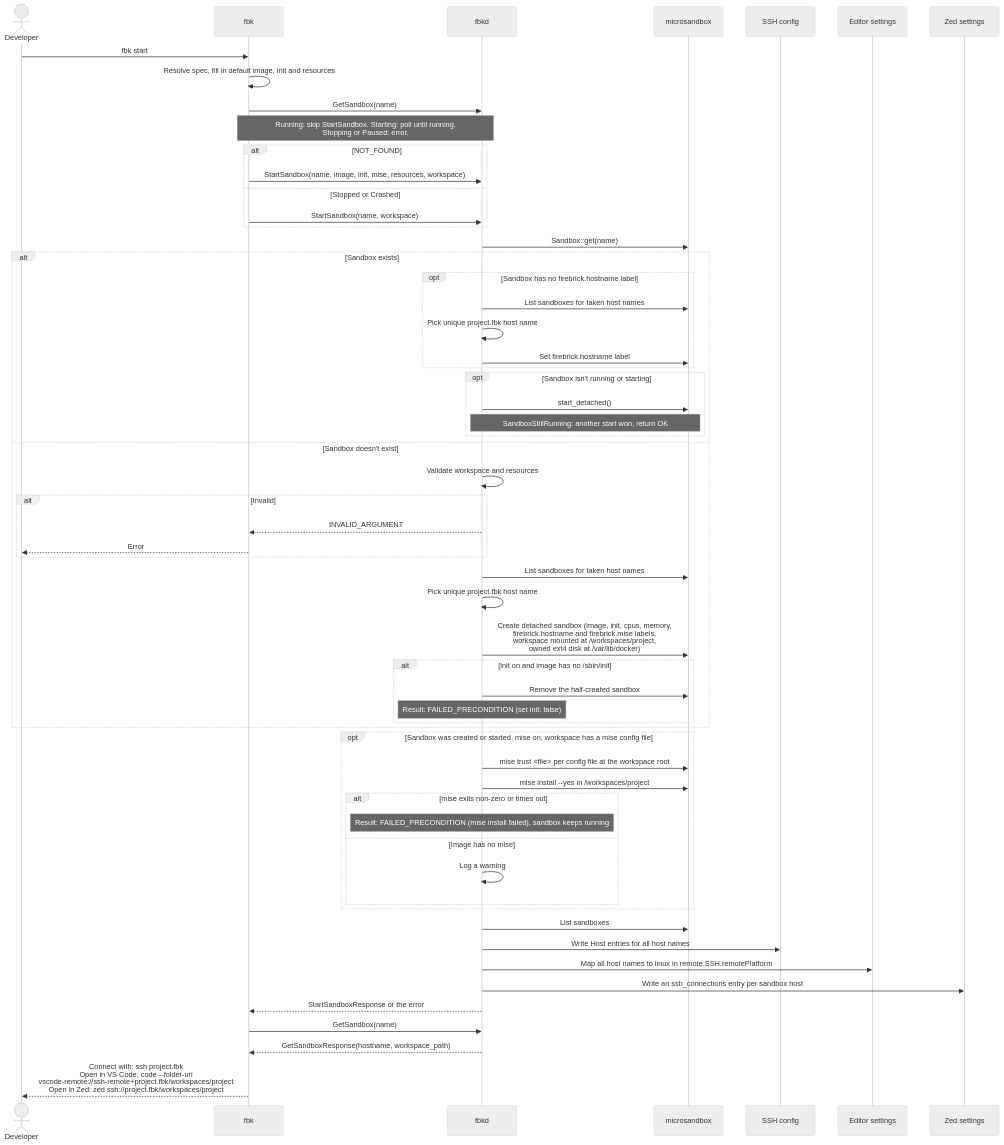
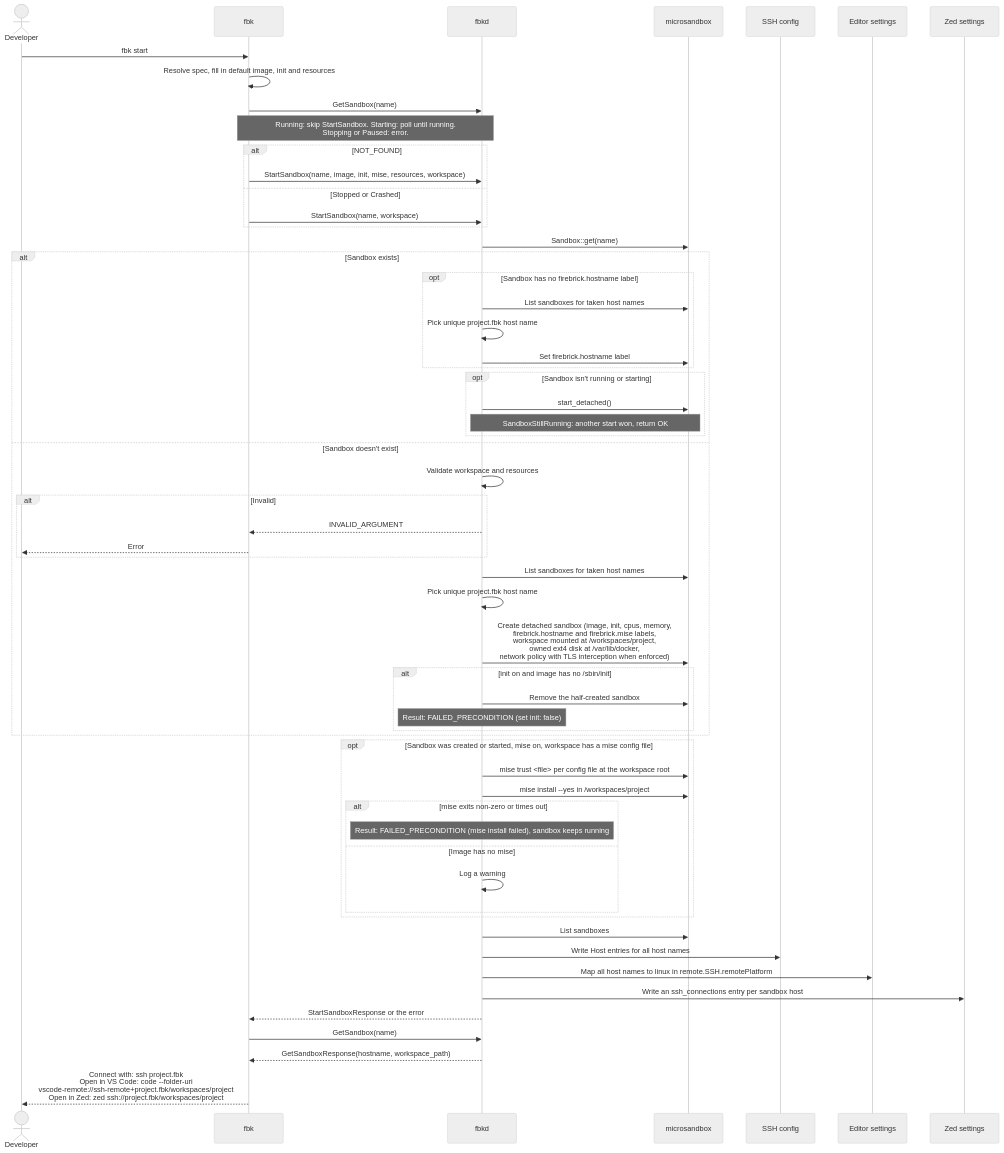
The fourth of 6 diagrams in docs/architecture/06-runtime-view.md (wmeints/anvil), drawn with Mermaid (neutral theme) before and after one commit. The commit also changed other lines of this file and 16 other files, not shown here.

First line of the commit message:
feat(daemon): enforce network allow/deny rules from .firebrick.yml

````diff
--- a/docs/architecture/06-runtime-view.md
+++ b/docs/architecture/06-runtime-view.md
@@ -238,65 +257,65 @@
 ```mermaid
 sequenceDiagram
     actor Dev as Developer
     participant CLI as fbk
     participant D as fbkd
     participant MS as microsandbox
     participant SSH as SSH config
     participant Ed as Editor settings
     participant Zed as Zed settings
 
     Dev->>CLI: fbk start
     CLI->>CLI: Resolve spec, fill in default image, init and resources
     CLI->>D: GetSandbox(name)
     Note over CLI,D: Running: skip StartSandbox. Starting: poll until running.<br/>Stopping or Paused: error.
     alt NOT_FOUND
         CLI->>D: StartSandbox(name, image, init, mise, resources, workspace)
     else Stopped or Crashed
         CLI->>D: StartSandbox(name, workspace)
     end
     D->>MS: Sandbox::get(name)
 
     alt Sandbox exists
         opt Sandbox has no firebrick.hostname label
             D->>MS: List sandboxes for taken host names
             D->>D: Pick unique project.fbk host name
             D->>MS: Set firebrick.hostname label
         end
         opt Sandbox isn't running or starting
             D->>MS: start_detached()
             Note over D,MS: SandboxStillRunning: another start won, return OK
         end
     else Sandbox doesn't exist
         D->>D: Validate workspace and resources
         alt Invalid
             D-->>CLI: INVALID_ARGUMENT
             CLI-->>Dev: Error
         end
         D->>MS: List sandboxes for taken host names
         D->>D: Pick unique project.fbk host name
-        D->>MS: Create detached sandbox (image, init, cpus, memory,<br/>firebrick.hostname and firebrick.mise labels,<br/>workspace mounted at /workspaces/project,<br/>owned ext4 disk at /var/lib/docker)
+        D->>MS: Create detached sandbox (image, init, cpus, memory,<br/>firebrick.hostname and firebrick.mise labels,<br/>workspace mounted at /workspaces/project,<br/>owned ext4 disk at /var/lib/docker,<br/>network policy with TLS interception when enforced)
         alt init on and image has no /sbin/init
             D->>MS: Remove the half-created sandbox
             Note over D: Result: FAILED_PRECONDITION (set init: false)
         end
     end
 
     opt Sandbox was created or started, mise on, workspace has a mise config file
         D->>MS: mise trust <file> per config file at the workspace root
         D->>MS: mise install --yes in /workspaces/project
         alt mise exits non-zero or times out
             Note over D: Result: FAILED_PRECONDITION (mise install failed), sandbox keeps running
         else Image has no mise
             D->>D: Log a warning
         end
     end
 
     D->>MS: List sandboxes
     D->>SSH: Write Host entries for all host names
     D->>Ed: Map all host names to linux in remote.SSH.remotePlatform
     D->>Zed: Write an ssh_connections entry per sandbox host
     D-->>CLI: StartSandboxResponse or the error
     CLI->>D: GetSandbox(name)
     D-->>CLI: GetSandboxResponse(hostname, workspace_path)
     CLI-->>Dev: Connect with: ssh project.fbk<br/>Open in VS Code: code --folder-uri<br/>vscode-remote://ssh-remote+project.fbk/workspaces/project<br/>Open in Zed: zed ssh://project.fbk/workspaces/project
 ```
````
